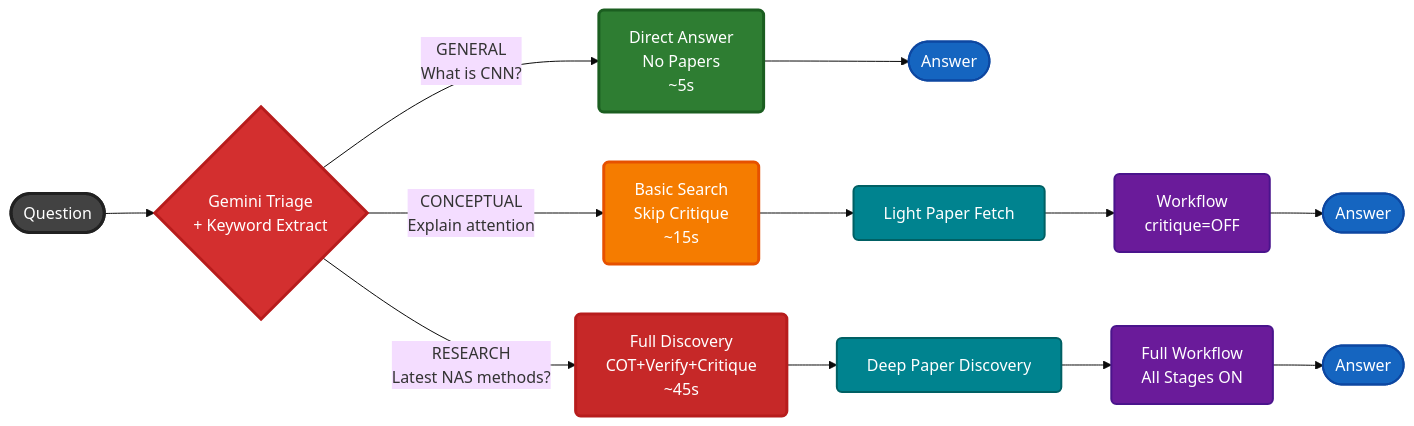
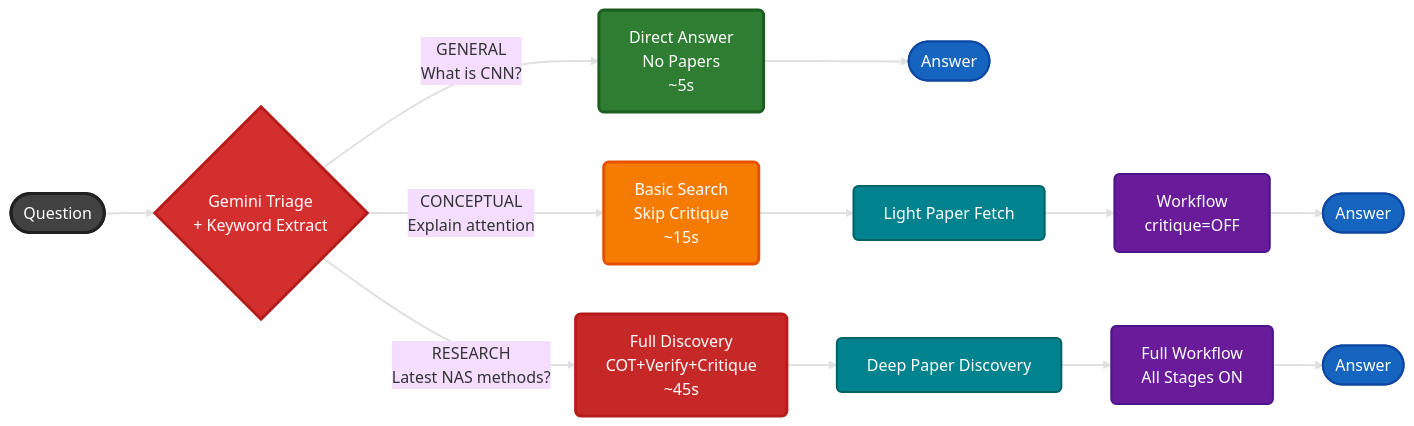
One commit to invaderinvalid/RAG changed the seventh of 8 diagrams in README.md. Above: the diagram before and after it, drawn with Mermaid. The commit also changed other lines of this file, not shown here.

````diff
--- a/README.md
+++ b/README.md
@@ -568,31 +576,33 @@
 ```mermaid
 %%{init: {'theme':'base','themeVariables':{'fontFamily':'sans-serif'}}}%%
 flowchart LR
     Q([Question]) --> Classify{Gemini Triage<br/>+ Keyword Extract}
     
     Classify -->|GENERAL<br/>What is CNN?| Direct[Direct Answer<br/>No Papers<br/>~5s]
     Classify -->|CONCEPTUAL<br/>Explain attention| Minimal[Basic Search<br/>Skip Critique<br/>~15s]
     Classify -->|RESEARCH<br/>Latest NAS methods?| Full[Full Discovery<br/>COT+Verify+Critique<br/>~45s]
     
     Direct --> Answer1([Answer])
     Minimal --> Papers1[Light Paper Fetch]
     Papers1 --> Workflow1[Workflow<br/>critique=OFF]
     Workflow1 --> Answer2([Answer])
     
     Full --> Papers2[Deep Paper Discovery]
     Papers2 --> Workflow2[Full Workflow<br/>All Stages ON]
     Workflow2 --> Answer3([Answer])
     
     style Q fill:#424242,stroke:#212121,stroke-width:3px,color:#fff,rx:10,ry:10
     style Classify fill:#d32f2f,stroke:#b71c1c,stroke-width:3px,color:#fff,rx:5,ry:5
     style Direct fill:#2e7d32,stroke:#1b5e20,stroke-width:3px,color:#fff,rx:5,ry:5
     style Minimal fill:#f57c00,stroke:#e65100,stroke-width:3px,color:#fff,rx:5,ry:5
     style Full fill:#c62828,stroke:#b71c1c,stroke-width:3px,color:#fff,rx:5,ry:5
     style Answer1 fill:#1565c0,stroke:#0d47a1,stroke-width:2px,color:#fff,rx:10,ry:10
     style Answer2 fill:#1565c0,stroke:#0d47a1,stroke-width:2px,color:#fff,rx:10,ry:10
     style Answer3 fill:#1565c0,stroke:#0d47a1,stroke-width:2px,color:#fff,rx:10,ry:10
     style Papers1 fill:#00838f,stroke:#006064,stroke-width:2px,color:#fff,rx:5,ry:5
     style Papers2 fill:#00838f,stroke:#006064,stroke-width:2px,color:#fff,rx:5,ry:5
     style Workflow1 fill:#6a1b9a,stroke:#4a148c,stroke-width:2px,color:#fff,rx:5,ry:5
     style Workflow2 fill:#6a1b9a,stroke:#4a148c,stroke-width:2px,color:#fff,rx:5,ry:5
+    
+    linkStyle default stroke:#e0e0e0,stroke-width:2px
 ```
````
